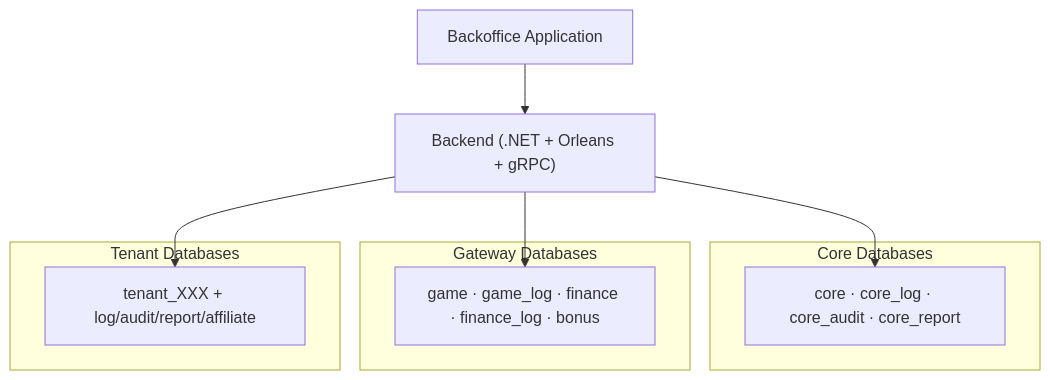
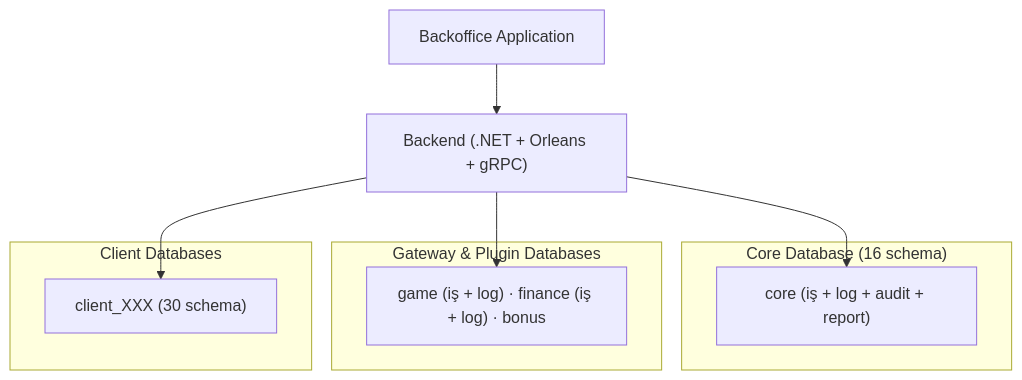
One commit to frhtshn/One.DB changed the first of 5 diagrams in .docs/reference/PROJECT_OVERVIEW.md. Above: the diagram before and after it, drawn with Mermaid. The commit also changed other lines of this file and 442 other files, not shown here.

First line of the commit message:
Nucleo → Sortis One ve tenant → client içerik güncellemeleri

````diff
--- a/.docs/reference/PROJECT_OVERVIEW.md
+++ b/.docs/reference/PROJECT_OVERVIEW.md
@@ -56,18 +56,18 @@
 ```mermaid
 flowchart TD
     BO["Backoffice Application"]
     BE["Backend (.NET + Orleans + gRPC)"]
     BO --> BE
-    subgraph core["Core Databases"]
-        CD["core · core_log · core_audit · core_report"]
+    subgraph core["Core Database (16 schema)"]
+        CD["core (iş + log + audit + report)"]
     end
-    subgraph gateway["Gateway Databases"]
-        GD["game · game_log · finance · finance_log · bonus"]
+    subgraph gateway["Gateway & Plugin Databases"]
+        GD["game (iş + log) · finance (iş + log) · bonus"]
     end
-    subgraph tenant["Tenant Databases"]
-        TD2["tenant_XXX + log/audit/report/affiliate"]
+    subgraph client["Client Databases"]
+        TD2["client_XXX (30 schema)"]
     end
     BE --> CD
     BE --> GD
     BE --> TD2
 ```
````
